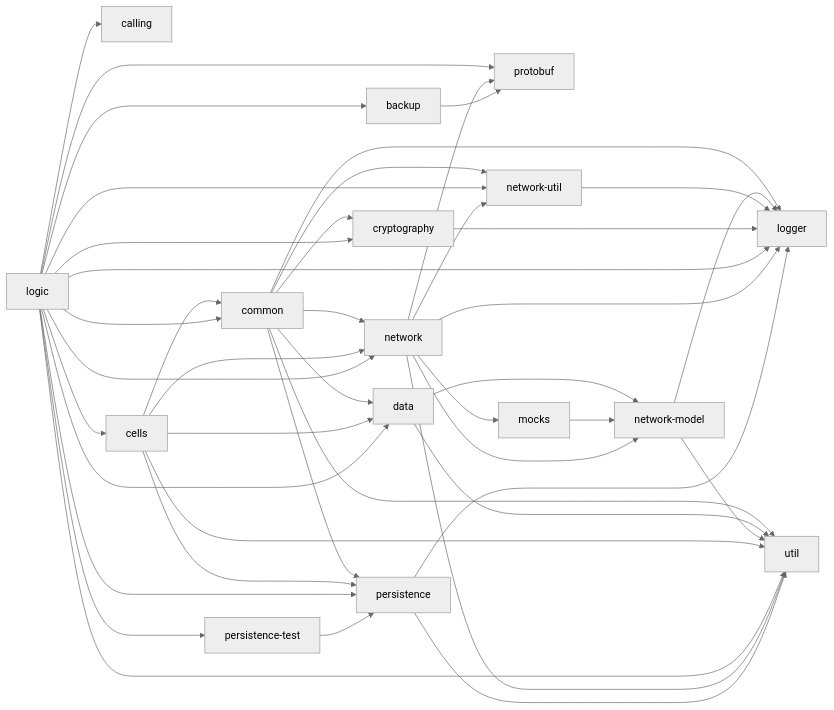
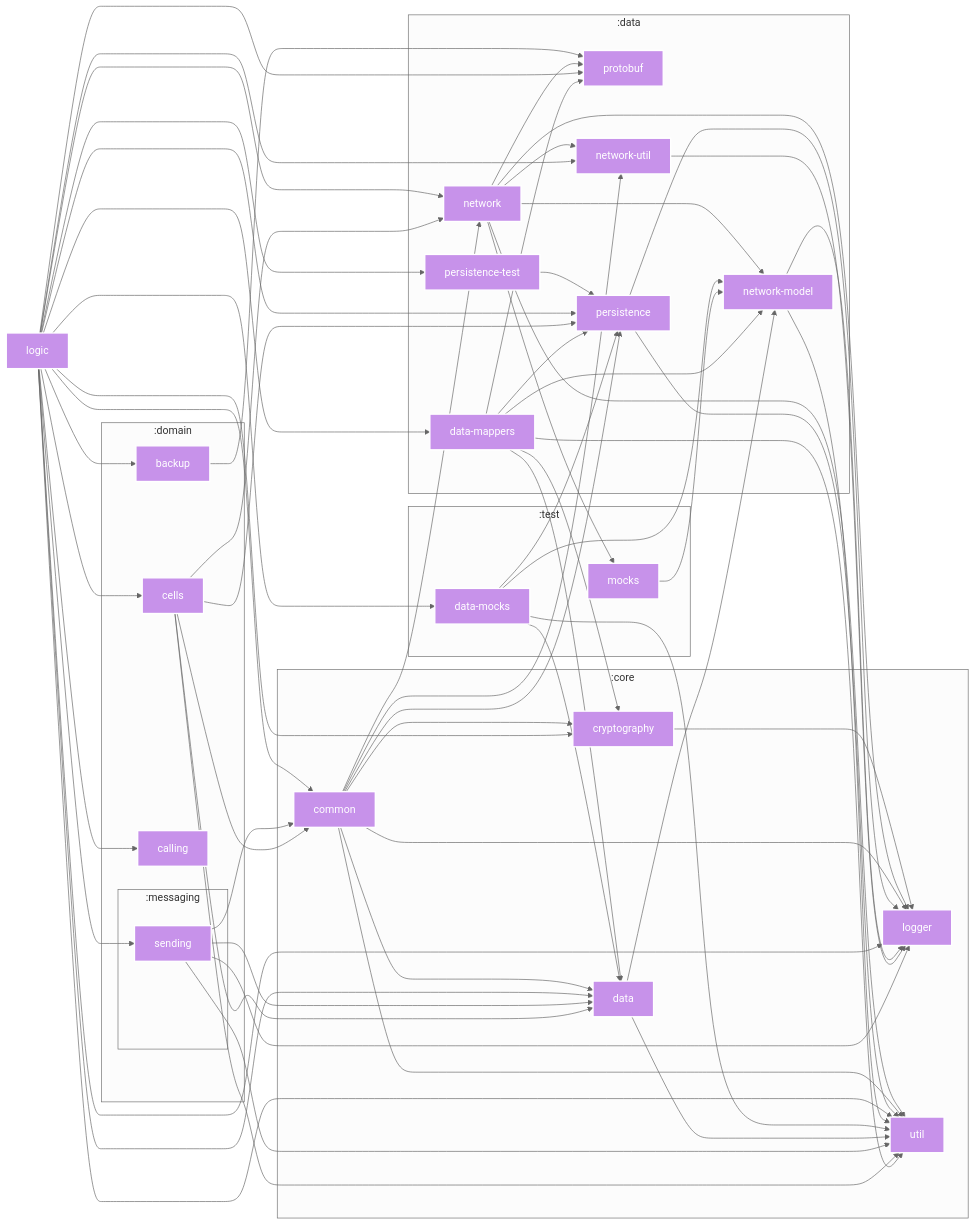
The diagram in README.md (wireapp/kalium), drawn with Mermaid before and after one commit. The commit also changed other lines of this file and 1866 other files, not shown here.

````diff
--- a/README.md
+++ b/README.md
@@ -134,83 +134,138 @@
 }%%
 
 graph LR
-  :persistence["persistence"]
-  :logger["logger"]
-  :util["util"]
-  :backup["backup"]
-  :protobuf["protobuf"]
-  :persistence-test["persistence-test"]
-  :persistence["persistence"]
-  :network["network"]
-  :network-model["network-model"]
-  :network-util["network-util"]
-  :mocks["mocks"]
   :logic["logic"]
-  :common["common"]
-  :data["data"]
-  :network-util["network-util"]
-  :logger["logger"]
-  :calling["calling"]
-  :network["network"]
-  :cryptography["cryptography"]
-  :persistence["persistence"]
-  :protobuf["protobuf"]
-  :util["util"]
-  :cells["cells"]
-  :backup["backup"]
-  :persistence-test["persistence-test"]
-  :cryptography["cryptography"]
-  :mocks["mocks"]
-  :network-util["network-util"]
-  :cells["cells"]
-  :common["common"]
-  :network["network"]
-  :data["data"]
-  :network-model["network-model"]
-  :data["data"]
-  :common["common"]
-  :cryptography["cryptography"]
+  subgraph :core
+    :core:cryptography["cryptography"]
+    :core:logger["logger"]
+    :core:util["util"]
+    :core:common["common"]
+    :core:data["data"]
+    :core:cryptography["cryptography"]
+    :core:common["common"]
+    :core:data["data"]
+    :core:logger["logger"]
+    :core:cryptography["cryptography"]
+    :core:util["util"]
+    :core:data["data"]
+    :core:common["common"]
+  end
+  subgraph :domain
+    :domain:backup["backup"]
+    :domain:calling["calling"]
+    :domain:cells["cells"]
+    :domain:backup["backup"]
+    :domain:cells["cells"]
+    subgraph :messaging
+      :domain:messaging:sending["sending"]
+      :domain:messaging:sending["sending"]
+    end
+  end
+  subgraph :data
+    :data:protobuf["protobuf"]
+    :data:network["network"]
+    :data:network-model["network-model"]
+    :data:network-util["network-util"]
+    :data:persistence["persistence"]
+    :data:network["network"]
+    :data:persistence["persistence"]
+    :data:persistence-test["persistence-test"]
+    :data:network-util["network-util"]
+    :data:network["network"]
+    :data:data-mappers["data-mappers"]
+    :data:persistence["persistence"]
+    :data:protobuf["protobuf"]
+    :data:persistence-test["persistence-test"]
+    :data:network-model["network-model"]
+    :data:network-util["network-util"]
+    :data:data-mappers["data-mappers"]
+  end
+  subgraph :test
+    :test:mocks["mocks"]
+    :test:data-mocks["data-mocks"]
+    :test:data-mocks["data-mocks"]
+    :test:mocks["mocks"]
+  end
 
-  :persistence --> :logger
-  :persistence --> :util
-  :backup --> :protobuf
-  :persistence-test --> :persistence
-  :network --> :network-model
-  :network --> :logger
-  :network --> :protobuf
-  :network --> :util
-  :network --> :network-util
-  :network --> :mocks
-  :logic --> :common
-  :logic --> :data
-  :logic --> :network-util
-  :logic --> :logger
-  :logic --> :calling
-  :logic --> :network
-  :logic --> :cryptography
-  :logic --> :persistence
-  :logic --> :protobuf
-  :logic --> :util
-  :logic --> :cells
-  :logic --> :backup
-  :logic --> :persistence-test
-  :cryptography --> :logger
-  :mocks --> :network-model
-  :network-util --> :logger
-  :cells --> :common
-  :cells --> :network
-  :cells --> :data
-  :cells --> :util
-  :cells --> :persistence
-  :network-model --> :logger
-  :network-model --> :util
-  :data --> :network-model
-  :data --> :util
-  :common --> :data
-  :common --> :logger
-  :common --> :util
-  :common --> :persistence
-  :common --> :network
-  :common --> :network-util
-  :common --> :cryptography
+  :core:cryptography --> :core:logger
+  :domain:backup --> :data:protobuf
+  :data:network --> :data:network-model
+  :data:network --> :core:logger
+  :data:network --> :data:protobuf
+  :data:network --> :core:util
+  :data:network --> :data:network-util
+  :data:network --> :test:mocks
+  :core:common --> :core:data
+  :core:common --> :core:logger
+  :core:common --> :core:util
+  :core:common --> :data:persistence
+  :core:common --> :data:network
+  :core:common --> :data:network-util
+  :core:common --> :core:cryptography
+  :data:persistence --> :core:logger
+  :data:persistence --> :core:util
+  :data:persistence-test --> :data:persistence
+  :logic --> :core:common
+  :logic --> :core:data
+  :logic --> :data:network-util
+  :logic --> :core:logger
+  :logic --> :domain:calling
+  :logic --> :data:network
+  :logic --> :data:data-mappers
+  :logic --> :core:cryptography
+  :logic --> :data:persistence
+  :logic --> :data:protobuf
+  :logic --> :core:util
+  :logic --> :domain:cells
+  :logic --> :domain:backup
+  :logic --> :domain:messaging:sending
+  :logic --> :data:persistence-test
+  :logic --> :test:data-mocks
+  :data:network-model --> :core:logger
+  :data:network-model --> :core:util
+  :test:data-mocks --> :core:data
+  :test:data-mocks --> :data:persistence
+  :test:data-mocks --> :data:network-model
+  :test:data-mocks --> :core:util
+  :data:network-util --> :core:logger
+  :core:data --> :data:network-model
+  :core:data --> :core:util
+  :test:mocks --> :data:network-model
+  :domain:messaging:sending --> :core:common
+  :domain:messaging:sending --> :core:data
+  :domain:messaging:sending --> :core:logger
+  :domain:messaging:sending --> :core:util
+  :domain:cells --> :core:common
+  :domain:cells --> :data:network
+  :domain:cells --> :core:data
+  :domain:cells --> :core:util
+  :domain:cells --> :data:persistence
+  :data:data-mappers --> :core:data
+  :data:data-mappers --> :data:protobuf
+  :data:data-mappers --> :data:persistence
+  :data:data-mappers --> :core:cryptography
+  :data:data-mappers --> :data:network-model
+  :data:data-mappers --> :core:util
+
+classDef kotlin-multiplatform fill:#C792EA,stroke:#fff,stroke-width:2px,color:#fff;
+class :core:cryptography kotlin-multiplatform
+class :core:logger kotlin-multiplatform
+class :domain:backup kotlin-multiplatform
+class :data:protobuf kotlin-multiplatform
+class :data:network kotlin-multiplatform
+class :data:network-model kotlin-multiplatform
+class :core:util kotlin-multiplatform
+class :data:network-util kotlin-multiplatform
+class :test:mocks kotlin-multiplatform
+class :core:common kotlin-multiplatform
+class :core:data kotlin-multiplatform
+class :data:persistence kotlin-multiplatform
+class :data:persistence-test kotlin-multiplatform
+class :logic kotlin-multiplatform
+class :domain:calling kotlin-multiplatform
+class :data:data-mappers kotlin-multiplatform
+class :domain:cells kotlin-multiplatform
+class :domain:messaging:sending kotlin-multiplatform
+class :test:data-mocks kotlin-multiplatform
+
 ```
````
